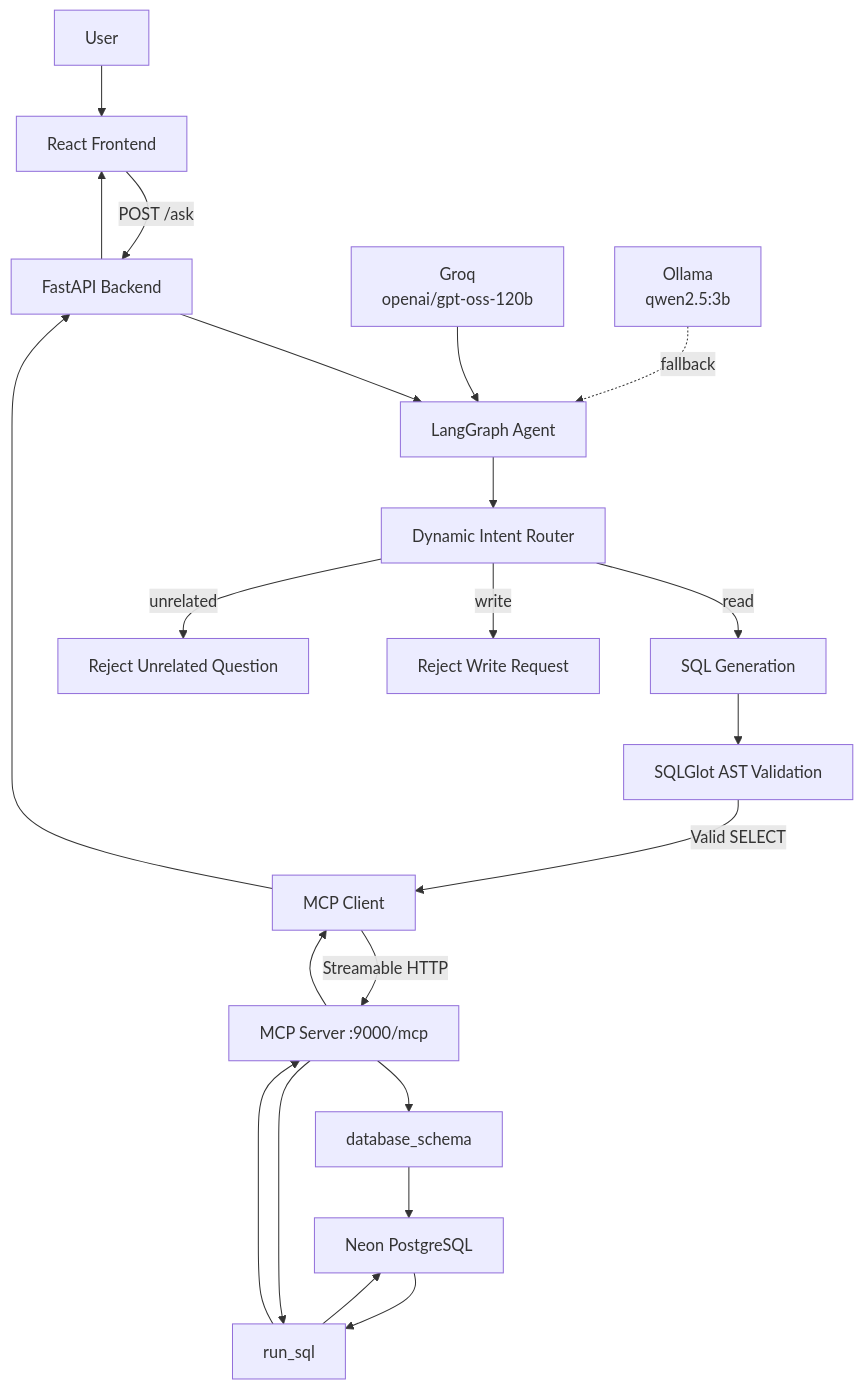
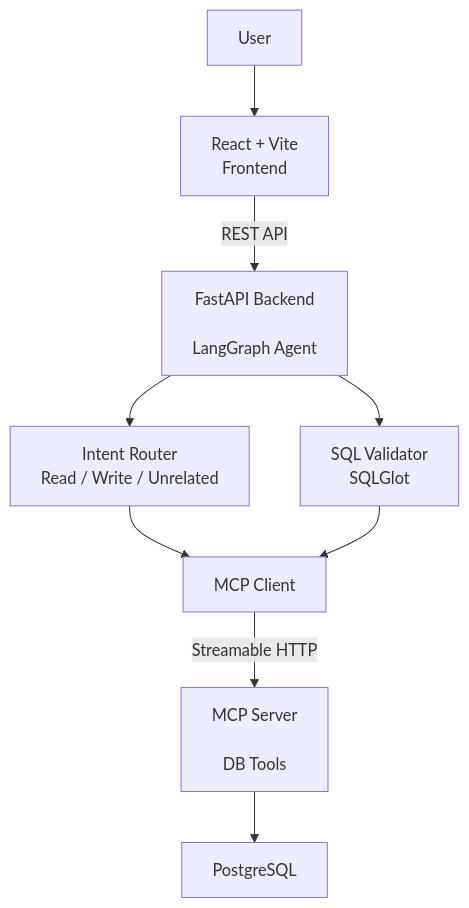
One commit to radhey004/database--agent changed the first of 7 diagrams in README.md. Above: the diagram before and after it, drawn with Mermaid. The commit also changed other lines of this file, not shown here.

````diff
--- a/README.md
+++ b/README.md
@@ -27,35 +48,14 @@
 ```mermaid
-flowchart TB
-    U[User] --> R[React Frontend]
+flowchart TD
+    A[User] --> B[React + Vite<br/>Frontend]
+    B -->|REST API| C[FastAPI Backend<br/><br/>LangGraph Agent]
 
-    R -->|POST /ask| API[FastAPI Backend]
+    C --> D[Intent Router<br/>Read / Write / Unrelated]
+    C --> E[SQL Validator<br/>SQLGlot]
 
-    API --> LG[LangGraph Agent]
+    D --> F[MCP Client]
+    E --> F
 
-    LG --> ROUTER[Dynamic Intent Router]
-
-    ROUTER -->|read| SQL[SQL Generation]
-    ROUTER -->|write| RW[Reject Write Request]
-    ROUTER -->|unrelated| OFF[Reject Unrelated Question]
-
-    SQL --> VAL[SQLGlot AST Validation]
-
-    VAL -->|Valid SELECT| MC[MCP Client]
-
-    MC -->|Streamable HTTP| MS[MCP Server :9000/mcp]
-
-    MS --> TOOL1[database_schema]
-    MS --> TOOL2[run_sql]
-
-    TOOL1 --> DB[Neon PostgreSQL]
-    TOOL2 --> DB
-
-    DB --> TOOL2
-    TOOL2 --> MS
-    MS --> MC
-    MC --> API
-    API --> R
-
-    GROQ[Groq<br/>openai/gpt-oss-120b] --> LG
-    OLLAMA[Ollama<br/>qwen2.5:3b] -. fallback .-> LG
+    F -->|Streamable HTTP| G[MCP Server<br/><br/>DB Tools]
+    G --> H[PostgreSQL]
 ```
````
